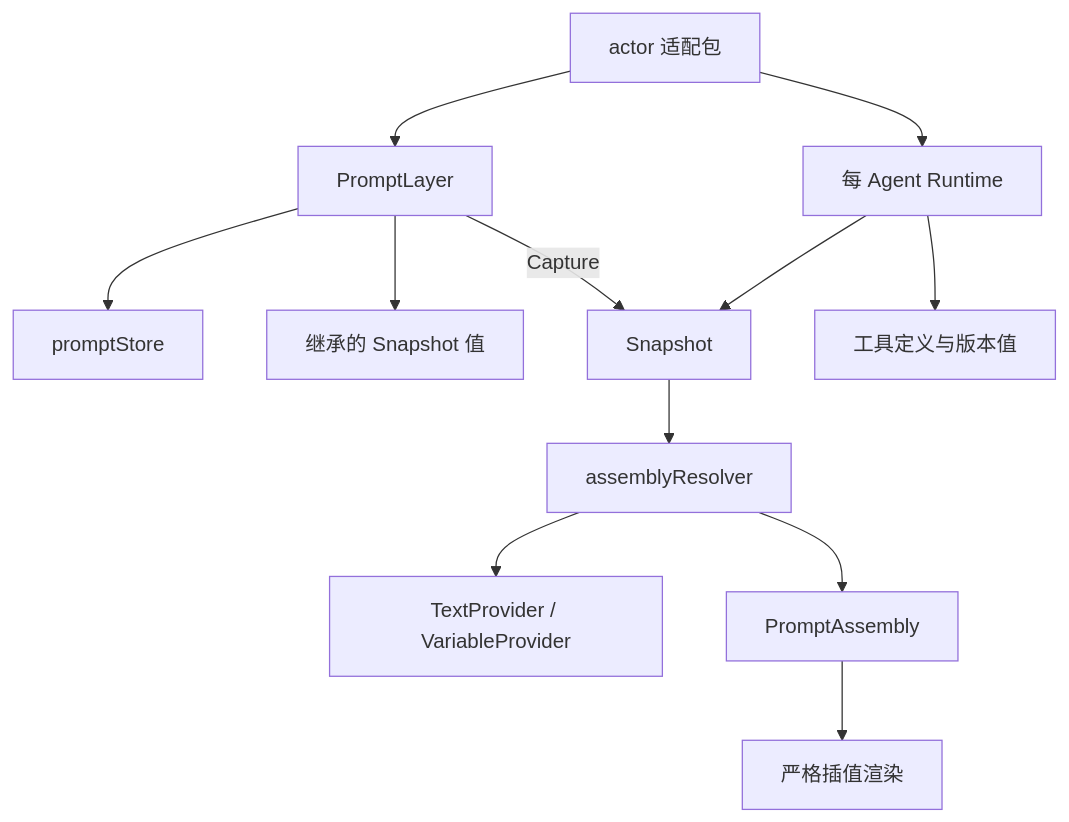
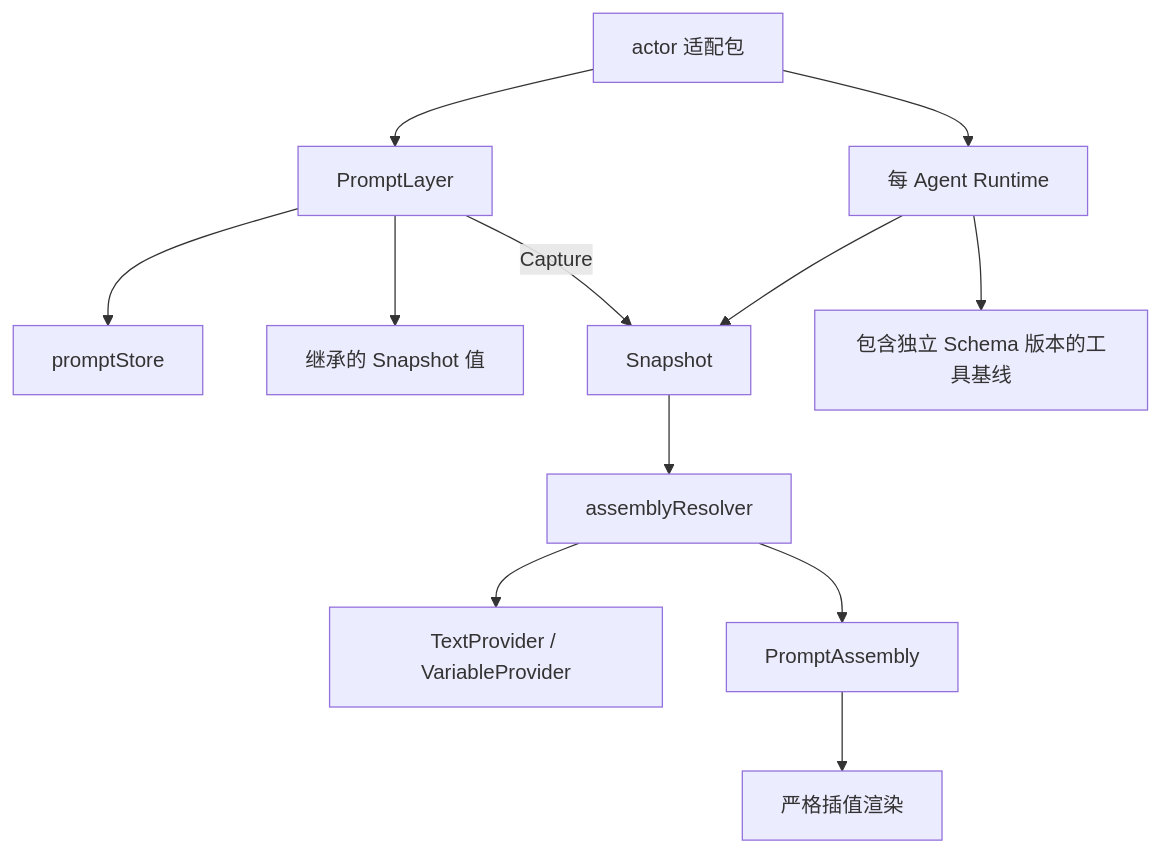
The first of 2 diagrams in systemprompt/README.zh-CN.md (gorenx/goren), drawn with Mermaid before and after one commit. The commit also changed other lines of this file and 13 other files, not shown here.

````diff
--- a/systemprompt/README.zh-CN.md
+++ b/systemprompt/README.zh-CN.md
@@ -37,14 +37,14 @@
 ```mermaid
 flowchart TD
     Adapter[actor 适配包] --> Layer[PromptLayer]
     Adapter --> Runtime[每 Agent Runtime]
     Layer --> Store[promptStore]
     Layer --> Base[继承的 Snapshot 值]
     Layer -->|Capture| Snapshot[Snapshot]
     Runtime --> Snapshot
-    Runtime --> Tools[工具定义与版本值]
+    Runtime --> Tools[包含独立 Schema 版本的工具基线]
     Snapshot --> Resolver[assemblyResolver]
     Resolver --> Providers[TextProvider / VariableProvider]
     Resolver --> Result[PromptAssembly]
     Result --> Render[严格插值渲染]
 ```
````
